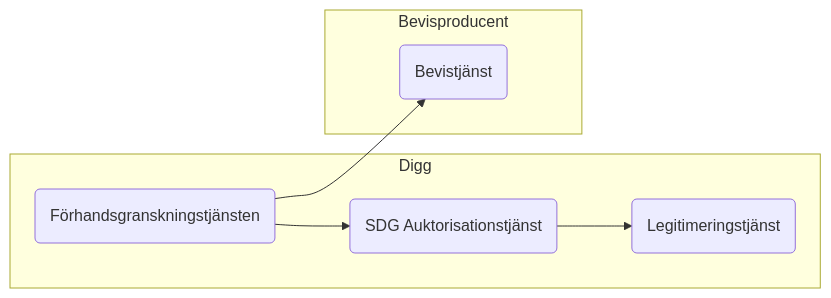
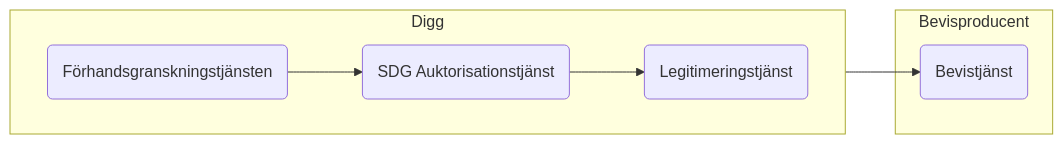
Before and after one commit to diggsweden/sdg-intermediation-se: the first of 2 diagrams in README.md, drawn with Mermaid. The commit also changed other lines of this file, not shown here.

````diff
--- a/README.md
+++ b/README.md
@@ -7,10 +7,11 @@
 ```mermaid
 flowchart LR
     subgraph Digg
+        direction LR
         FGT(Förhandsgranskningstjänsten)-->AT(SDG Auktorisationstjänst)
         AT-->LT(Legitimeringstjänst)
     end
-    subgraph Bevisproducent
+    subgraph Bevisproducent 
         FGT-->BT(Bevistjänst)
     end
 ```
````
